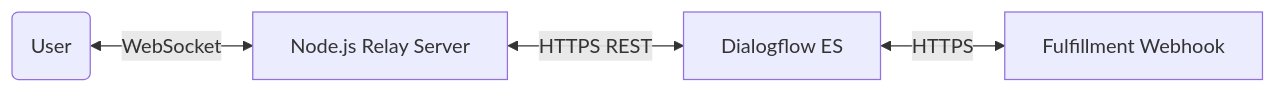
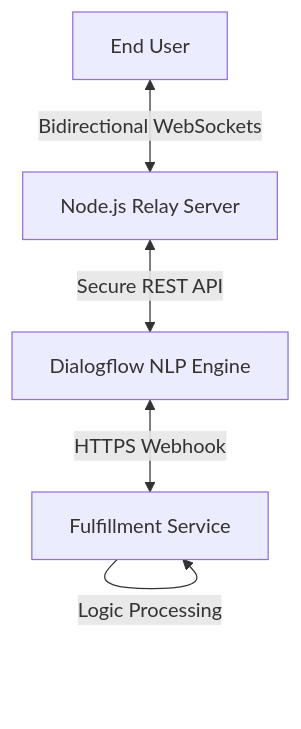
One commit to syedowaisalishah/dialogflow-websocket-chat changed the diagram in README.md. Above: the diagram before and after it, drawn with Mermaid. The commit also changed other lines of this file, not shown here.

````diff
--- a/README.md
+++ b/README.md
@@ -26,6 +30,7 @@
 ```mermaid
-graph LR
-    User(User) <-->|WebSocket| Relay[Node.js Relay Server]
-    Relay <-->|HTTPS REST| DF[Dialogflow ES]
-    DF <-->|HTTPS| Webhook[Fulfillment Webhook]
+graph TD
+    A[End User] <-->|Bidirectional WebSockets| B[Node.js Relay Server]
+    B <-->|Secure REST API| C[Dialogflow NLP Engine]
+    C <-->|HTTPS Webhook| D[Fulfillment Service]
+    D -->|Logic Processing| D
 ```
````
